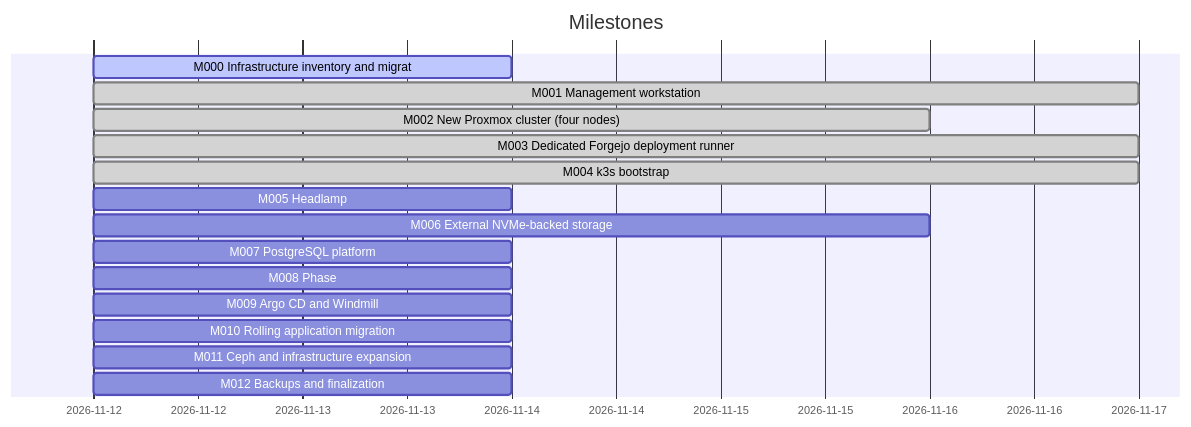
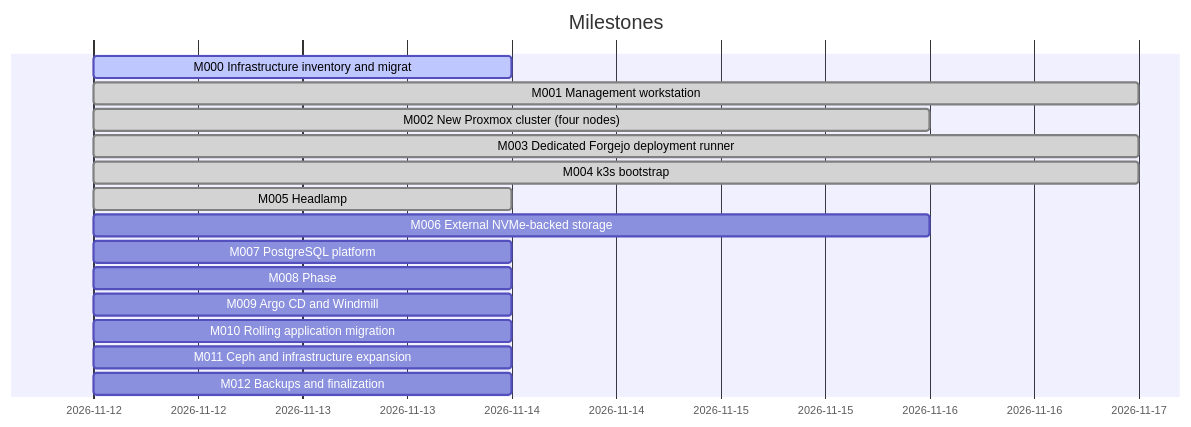
Before and after one commit to doku-code/homelab-iac: the diagram in docs/dashboard.md, drawn with Mermaid. The commit also changed other lines of this file and 12 other files, not shown here.

````diff
--- a/docs/dashboard.md
+++ b/docs/dashboard.md
@@ -35,18 +35,18 @@
 ```mermaid
 gantt
     dateFormat YYYY-MM-DD
     title Milestones
     M000 Infrastructure inventory and migrat :active, m000, 2026-11-12, 2026-11-14
     M001 Management workstation :done, m001, 2026-11-12, 2026-11-17
     M002 New Proxmox cluster (four nodes) :done, m002, 2026-11-12, 2026-11-16
     M003 Dedicated Forgejo deployment runner :done, m003, 2026-11-12, 2026-11-17
     M004 k3s bootstrap :done, m004, 2026-11-12, 2026-11-17
-    M005 Headlamp :m005, 2026-11-12, 2026-11-14
+    M005 Headlamp :done, m005, 2026-11-12, 2026-11-14
     M006 External NVMe-backed storage :m006, 2026-11-12, 2026-11-16
     M007 PostgreSQL platform :m007, 2026-11-12, 2026-11-14
     M008 Phase :m008, 2026-11-12, 2026-11-14
     M009 Argo CD and Windmill :m009, 2026-11-12, 2026-11-14
     M010 Rolling application migration :m010, 2026-11-12, 2026-11-14
     M011 Ceph and infrastructure expansion :m011, 2026-11-12, 2026-11-14
     M012 Backups and finalization :m012, 2026-11-12, 2026-11-14
 ```
````
